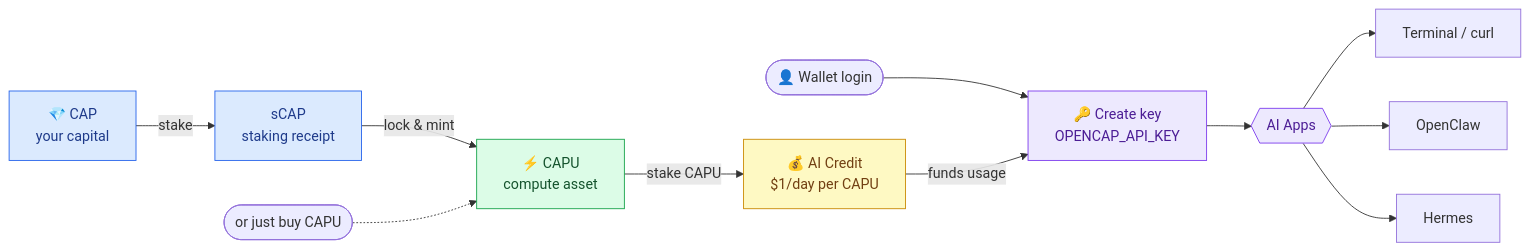
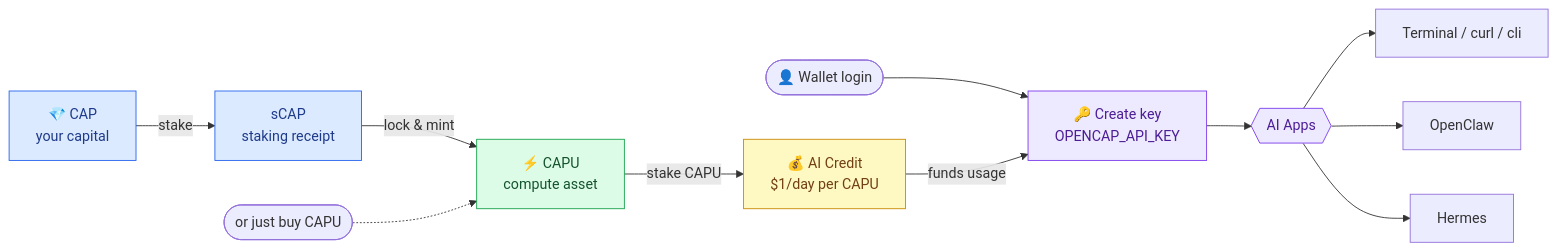
One commit to Capminal/capminal-gitbook changed the diagram in capminal/opencap/gateway.md. Above: the diagram before and after it, drawn with Mermaid.

Commit message:
Update mermaid diagram

````diff
--- a/capminal/opencap/gateway.md
+++ b/capminal/opencap/gateway.md
@@ -32,24 +32,24 @@
 ```mermaid
 flowchart LR
     CAP[💎 CAP<br/>your capital] -->|stake| SCAP[sCAP<br/>staking receipt]
     SCAP -->|lock & mint| CAPU[⚡ CAPU<br/>compute asset]
     BUY([or just buy CAPU]) -.-> CAPU
     CAPU -->|stake CAPU| CREDIT[💰 AI Credit<br/>$1/day per CAPU]
 
     W([👤 Wallet login]) --> KEY[🔑 Create key<br/>OPENCAP_API_KEY]
     CREDIT -->|funds usage| KEY
 
     KEY --> APPS{{AI Apps}}
-    APPS --> T[Terminal / curl]
+    APPS --> T[Terminal / curl / cli]
     APPS --> O[OpenClaw]
     APPS --> H[Hermes]
 
     classDef cap fill:#dbeafe,stroke:#2563eb,color:#1e3a8a;
     classDef capu fill:#dcfce7,stroke:#16a34a,color:#14532d;
     classDef reward fill:#fef9c3,stroke:#ca8a04,color:#713f12;
     classDef key fill:#ede9fe,stroke:#7c3aed,color:#4c1d95;
     class CAP,SCAP cap;
     class CAPU capu;
     class CREDIT reward;
     class KEY,APPS key;
 ```
````
